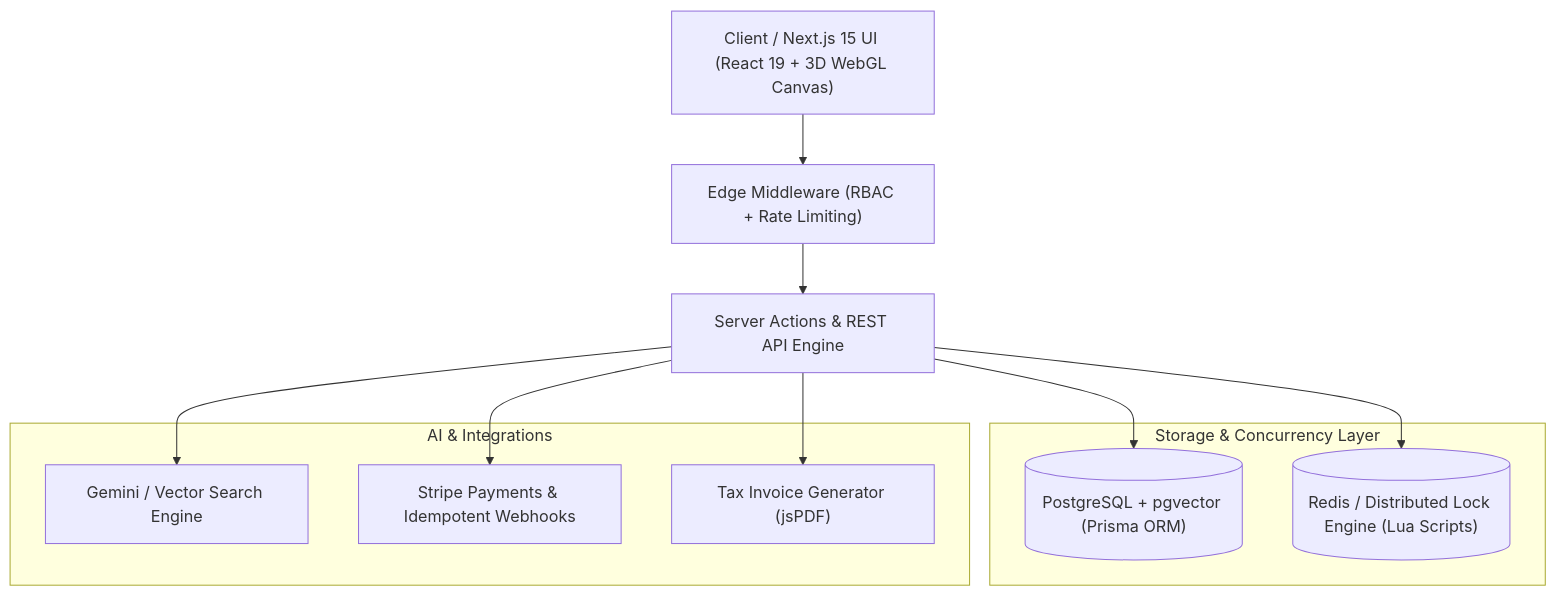
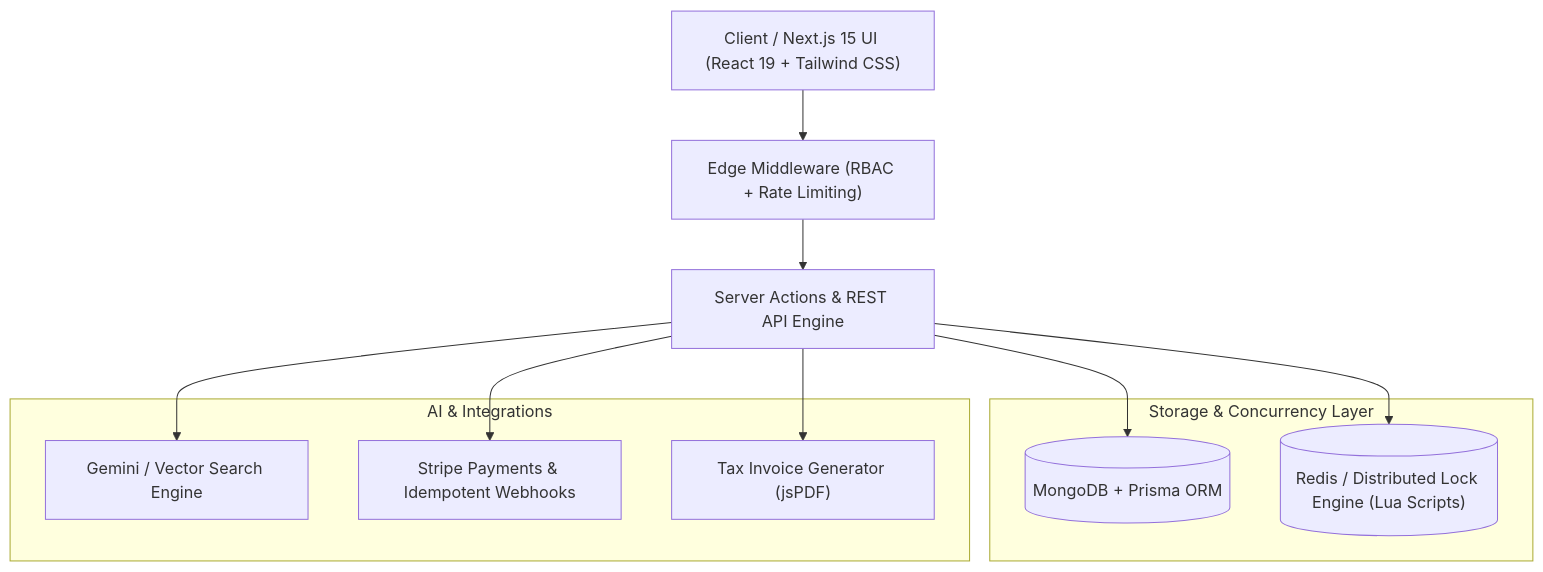
One commit to LovjyotSingh/SwiftShelf changed the diagram in README.md. Above: the diagram before and after it, drawn with Mermaid. The commit also changed other lines of this file and 4 other files, not shown here.

Commit message:
chore: clean up redundant schemas, remove deprecated ThreeDProductViewer, and sync README with streamlined architecture

````diff
--- a/README.md
+++ b/README.md
@@ -23,25 +23,25 @@
 ```mermaid
 graph TD
-    Client["Client / Next.js 15 UI (React 19 + 3D WebGL Canvas)"]
+    Client["Client / Next.js 15 UI (React 19 + Tailwind CSS)"]
     Edge["Edge Middleware (RBAC + Rate Limiting)"]
     API["Server Actions & REST API Engine"]
     
     subgraph Storage & Concurrency Layer
-        DB[("PostgreSQL + pgvector (Prisma ORM)")]
+        DB[("MongoDB + Prisma ORM")]
         Redis[("Redis / Distributed Lock Engine (Lua Scripts)")]
     end
 
     subgraph AI & Integrations
         AI["Gemini / Vector Search Engine"]
         Stripe["Stripe Payments & Idempotent Webhooks"]
         PDF["Tax Invoice Generator (jsPDF)"]
     end
 
     Client --> Edge
     Edge --> API
     API --> DB
     API --> Redis
     API --> AI
     API --> Stripe
     API --> PDF
 ```
````
